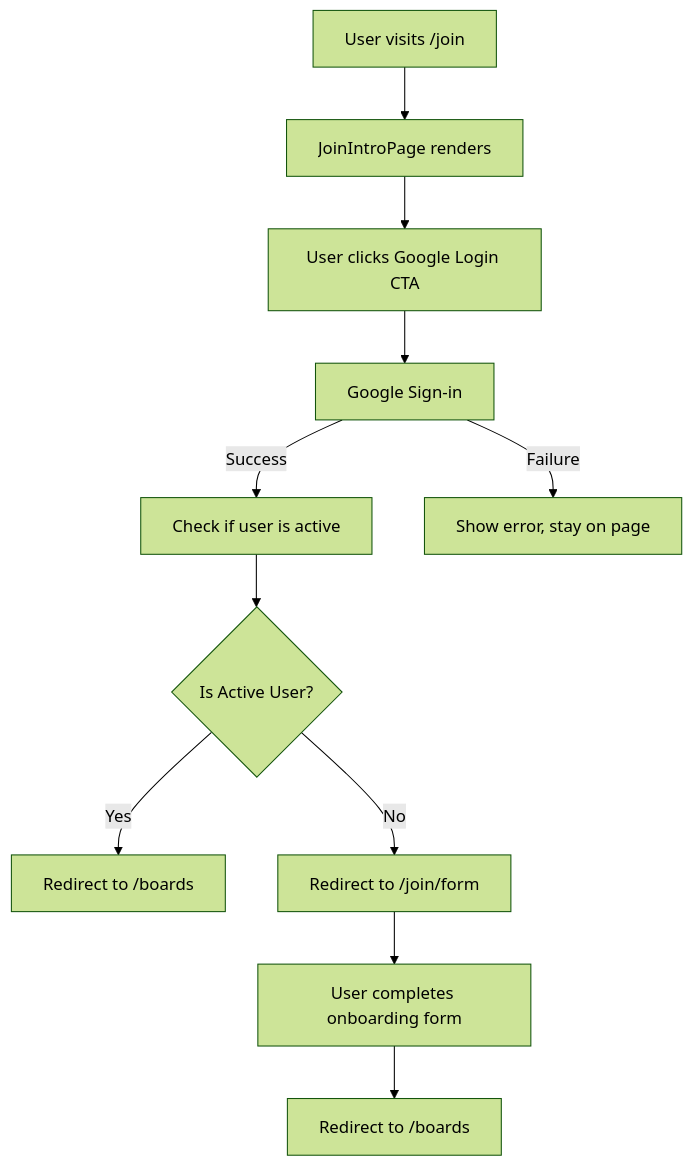
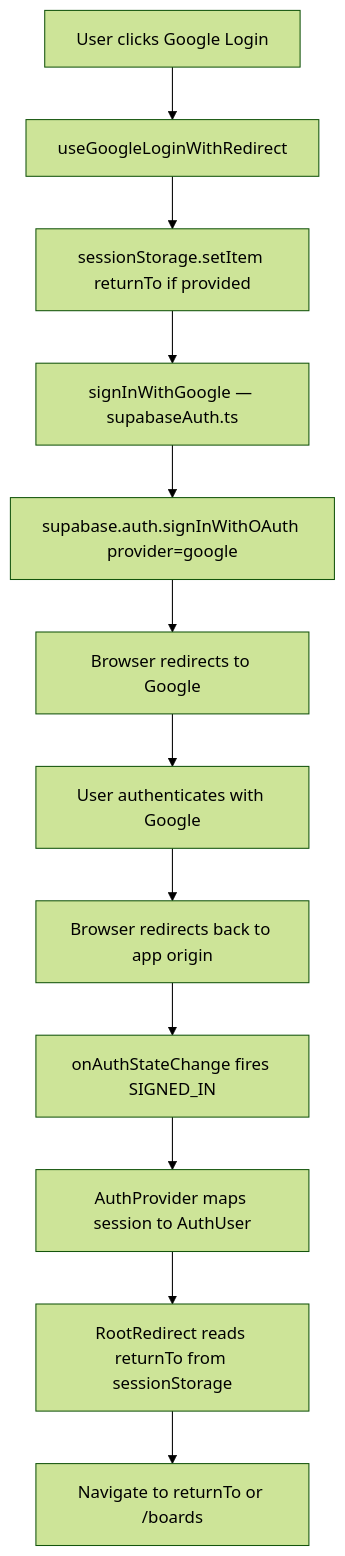
Before and after one commit to BumgeunSong/daily-writing-friends: the second of 2 diagrams in docs/AUTHENTICATION_ROUTING.md, drawn with Mermaid (forest theme). The commit also changed other lines of this file and 1 other file, not shown here.

First line of the commit message:
docs: rewrite AUTHENTICATION_ROUTING.md and ERROR_HANDLING.md to match current codebase

````diff
--- a/docs/AUTHENTICATION_ROUTING.md
+++ b/docs/AUTHENTICATION_ROUTING.md
@@ -35,15 +58,14 @@
 ```mermaid
 graph TD
-    A[User visits /join] --> B[JoinIntroPage renders]
-    B --> C[User clicks Google Login CTA]
-    C --> D[Google Sign-in]
-    D -->|Success| E[Check if user is active]
-    D -->|Failure| F[Show error, stay on page]
-    
-    E --> G{Is Active User?}
-    G -->|Yes| H[Redirect to /boards]
-    G -->|No| I[Redirect to /join/form]
-    
-    I --> J[User completes onboarding form]
-    J --> K[Redirect to /boards]
+    A[User clicks Google Login] --> B[useGoogleLoginWithRedirect]
+    B --> C[sessionStorage.setItem returnTo if provided]
+    C --> D[signInWithGoogle — supabaseAuth.ts]
+    D --> E[supabase.auth.signInWithOAuth provider=google]
+    E --> F[Browser redirects to Google]
+    F --> G[User authenticates with Google]
+    G --> H[Browser redirects back to app origin]
+    H --> I[onAuthStateChange fires SIGNED_IN]
+    I --> J[AuthProvider maps session to AuthUser]
+    J --> K[RootRedirect reads returnTo from sessionStorage]
+    K --> L[Navigate to returnTo or /boards]
 ```
````
